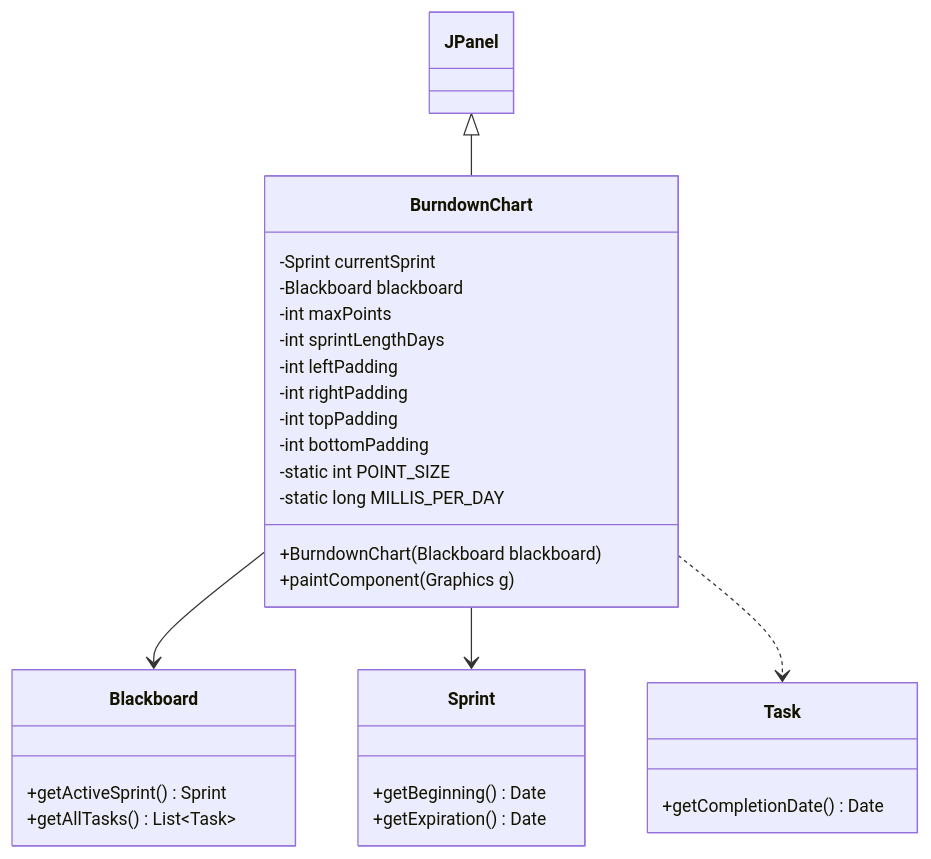
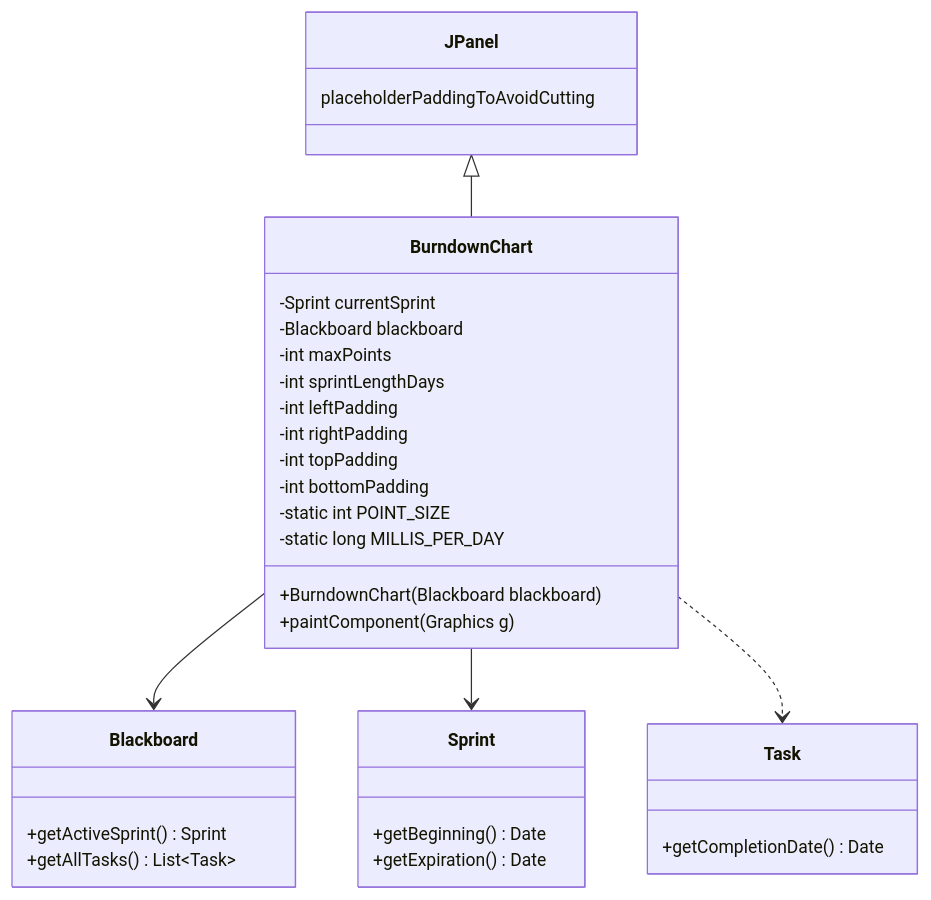
The diagram in README.md (CSC307-W26/taigastudio-refactoring-super-awesome-team-name), drawn with Mermaid before and after one commit.

Commit message:
Add placeholderPaddingToAvoidCutting to JPanel class

````diff
--- a/README.md
+++ b/README.md
@@ -3,46 +3,48 @@
 ```mermaid
 %%{init: {'themeVariables': {
     'fontSize': '14px',
     'nodeSpacing': 80,
     'rankSpacing': 80
 }}}%%
 classDiagram
 direction TB
 
-class JPanel
+class JPanel {
+    placeholderPaddingToAvoidCutting
+}
 
 class BurndownChart {
     -Sprint currentSprint
     -Blackboard blackboard
     -int maxPoints
     -int sprintLengthDays
     -int leftPadding
     -int rightPadding
     -int topPadding
     -int bottomPadding
     -static int POINT_SIZE
     -static long MILLIS_PER_DAY
 
     +BurndownChart(Blackboard blackboard)
     +paintComponent(Graphics g)
 }
 
 class Blackboard {
     +getActiveSprint() Sprint
     +getAllTasks() List~Task~
 }
 
 class Sprint {
     +getBeginning() Date
     +getExpiration() Date
 }
 
 class Task {
     +getCompletionDate() Date
 }
 
 JPanel <|-- BurndownChart
 BurndownChart --> Blackboard
 BurndownChart --> Sprint
 BurndownChart ..> Task
 ```
````
